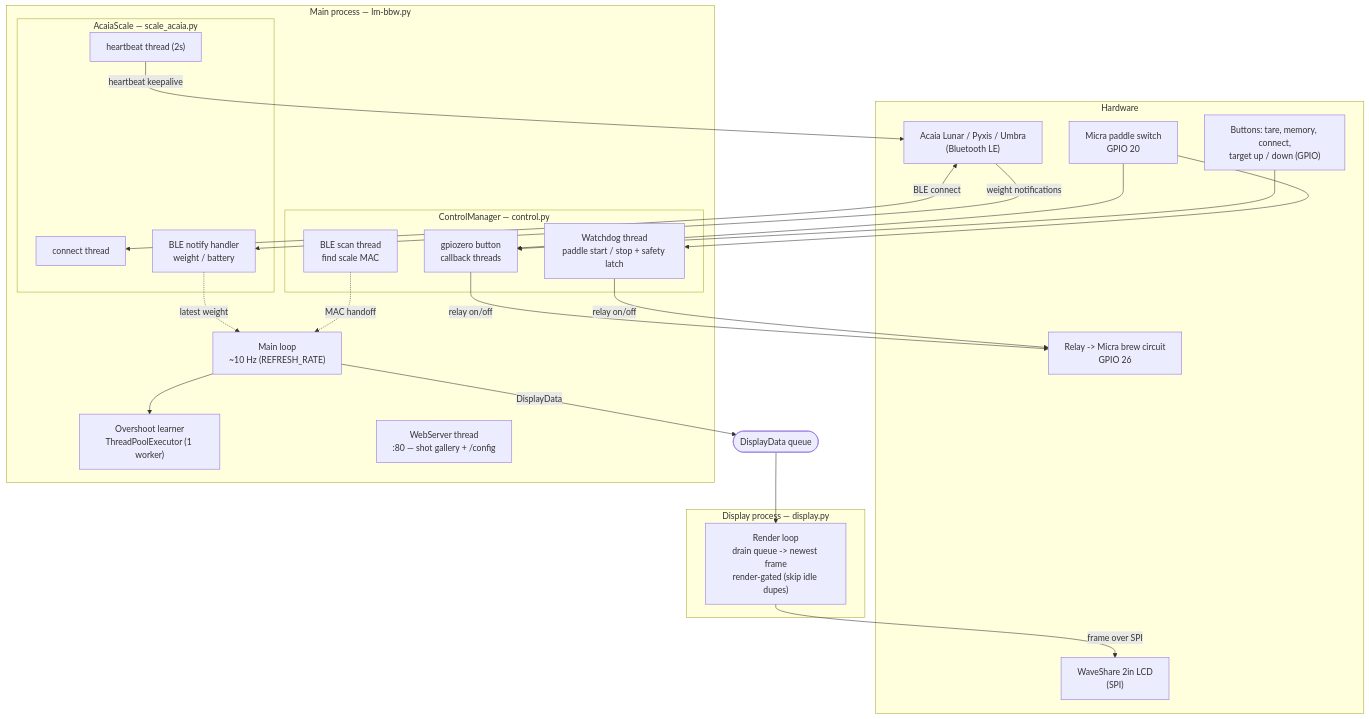
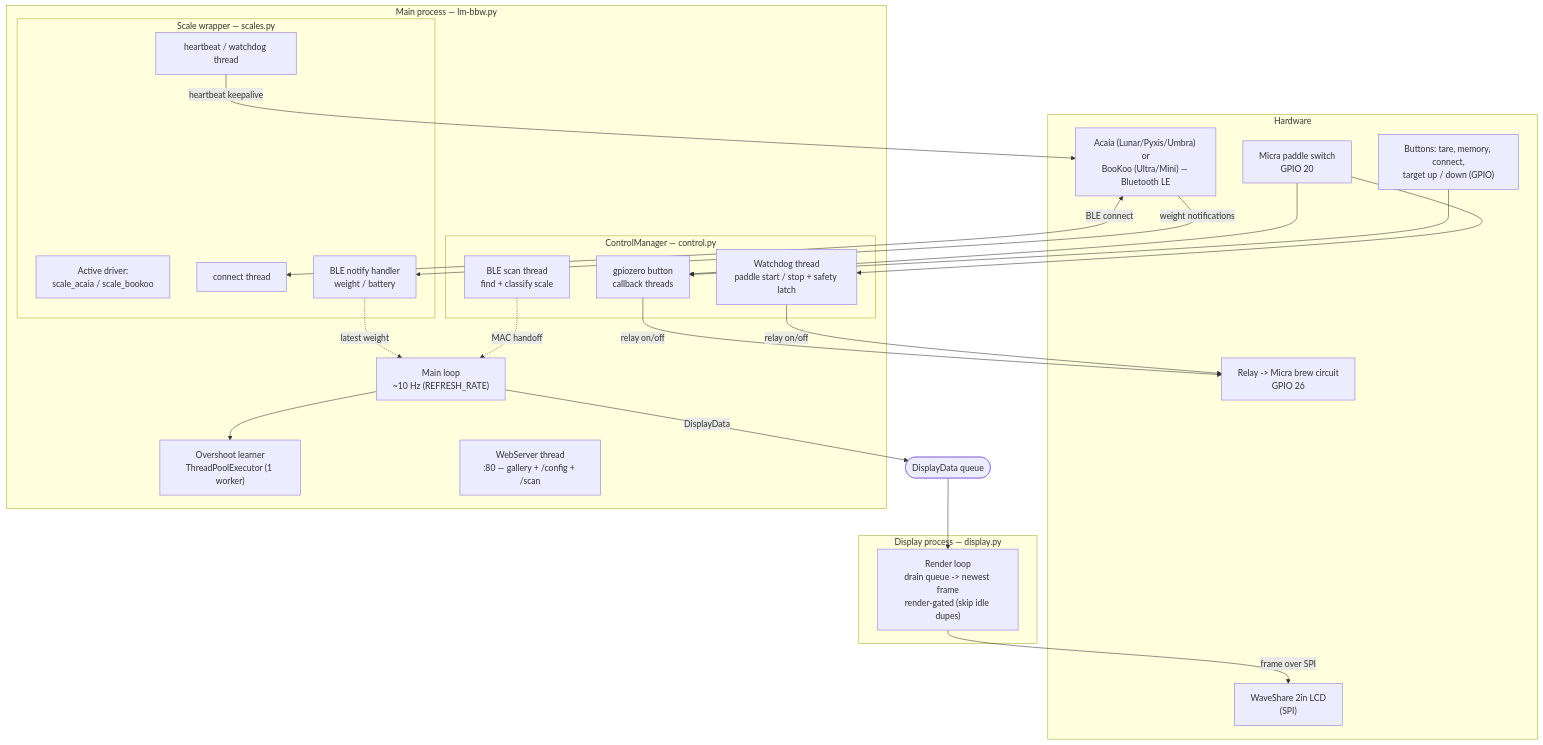
The first of 4 diagrams in doc/LM-BBW_Architecture.md (george-ags/coffee-by-weight), drawn with Mermaid before and after one commit. The commit also changed other lines of this file and 8 other files, not shown here.

Commit message:
add support for BooKoo scales and infrastructure for more vendors in the future

````diff
--- a/doc/LM-BBW_Architecture.md
+++ b/doc/LM-BBW_Architecture.md
@@ -16,50 +11,51 @@
 ```mermaid
 flowchart TB
     subgraph HW["Hardware"]
-        SCALE["Acaia Lunar / Pyxis / Umbra<br/>(Bluetooth LE)"]
+        SCALE["Acaia (Lunar/Pyxis/Umbra) or<br/>BooKoo (Ultra/Mini) — Bluetooth LE"]
         PADDLE["Micra paddle switch<br/>GPIO 20"]
         BTNS["Buttons: tare, memory, connect,<br/>target up / down (GPIO)"]
         RELAY["Relay -> Micra brew circuit<br/>GPIO 26"]
         LCD["WaveShare 2in LCD<br/>(SPI)"]
     end
 
     subgraph MAIN["Main process — lm-bbw.py"]
         LOOP["Main loop<br/>~10 Hz (REFRESH_RATE)"]
         OVER["Overshoot learner<br/>ThreadPoolExecutor (1 worker)"]
 
         subgraph CM["ControlManager — control.py"]
             WD["Watchdog thread<br/>paddle start / stop + safety latch"]
-            SCAN["BLE scan thread<br/>find scale MAC"]
+            SCAN["BLE scan thread<br/>find + classify scale"]
             CB["gpiozero button<br/>callback threads"]
         end
 
-        subgraph SC["AcaiaScale — scale_acaia.py"]
+        subgraph SC["Scale wrapper — scales.py"]
+            DRV["Active driver:<br/>scale_acaia / scale_bookoo"]
             CONN["connect thread"]
-            HB["heartbeat thread (2s)"]
+            HB["heartbeat / watchdog thread"]
             NOTIF["BLE notify handler<br/>weight / battery"]
         end
 
-        WEB["WebServer thread<br/>:80 — shot gallery + /config"]
+        WEB["WebServer thread<br/>:80 — gallery + /config + /scan"]
     end
 
     subgraph DISP["Display process — display.py"]
         DLOOP["Render loop<br/>drain queue -> newest frame<br/>render-gated (skip idle dupes)"]
     end
 
     QUEUE(["DisplayData queue"])
 
     SCALE <-->|"BLE connect"| CONN
     SCALE -->|"weight notifications"| NOTIF
     HB -->|"heartbeat keepalive"| SCALE
     PADDLE --> WD
     PADDLE --> CB
     BTNS --> CB
     CB -->|"relay on/off"| RELAY
     WD -->|"relay on/off"| RELAY
     NOTIF -.->|"latest weight"| LOOP
     SCAN -.->|"MAC handoff"| LOOP
     LOOP -->|"DisplayData"| QUEUE
     QUEUE --> DLOOP
     DLOOP -->|"frame over SPI"| LCD
     LOOP --> OVER
 ```
````
